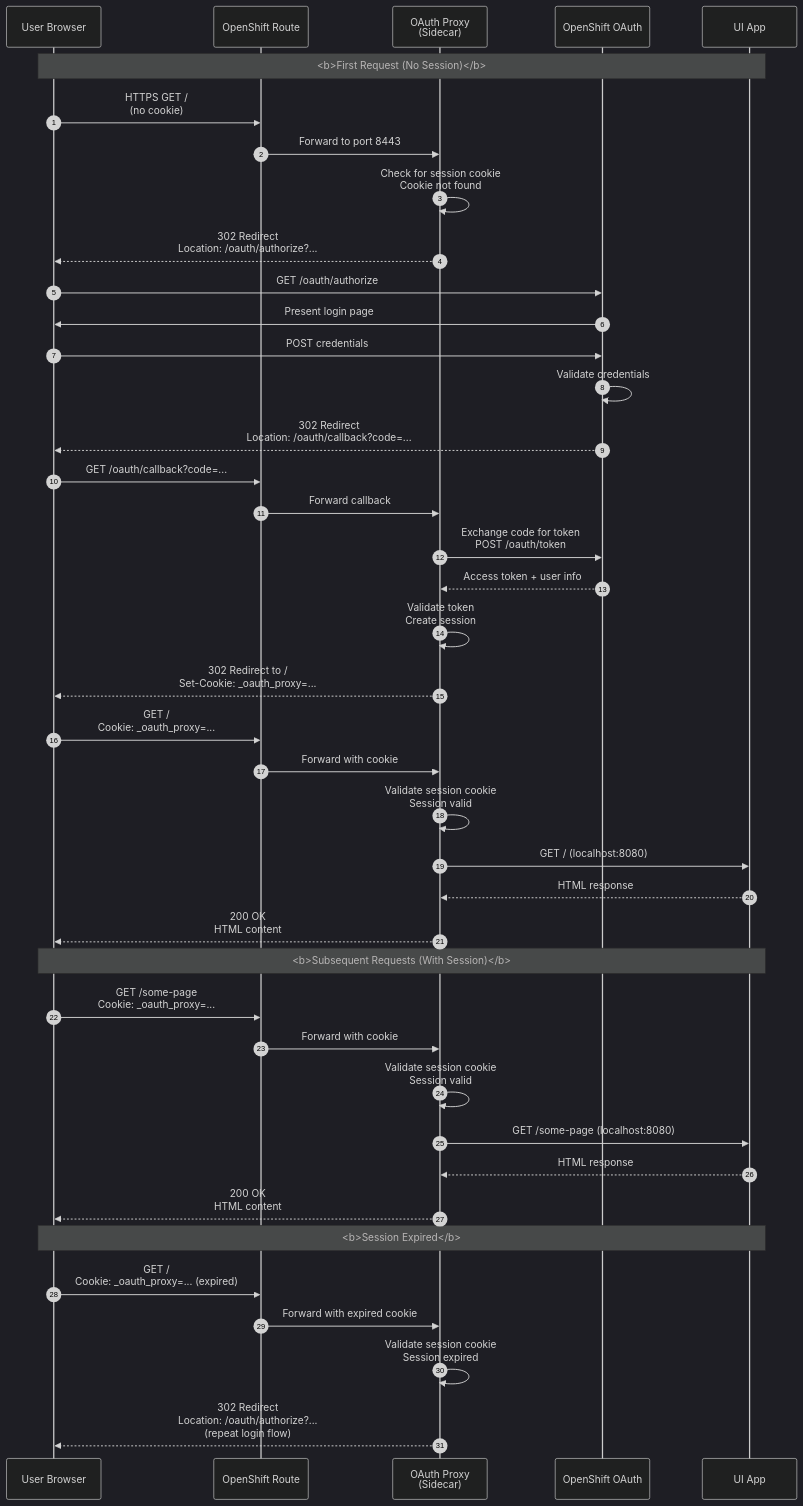
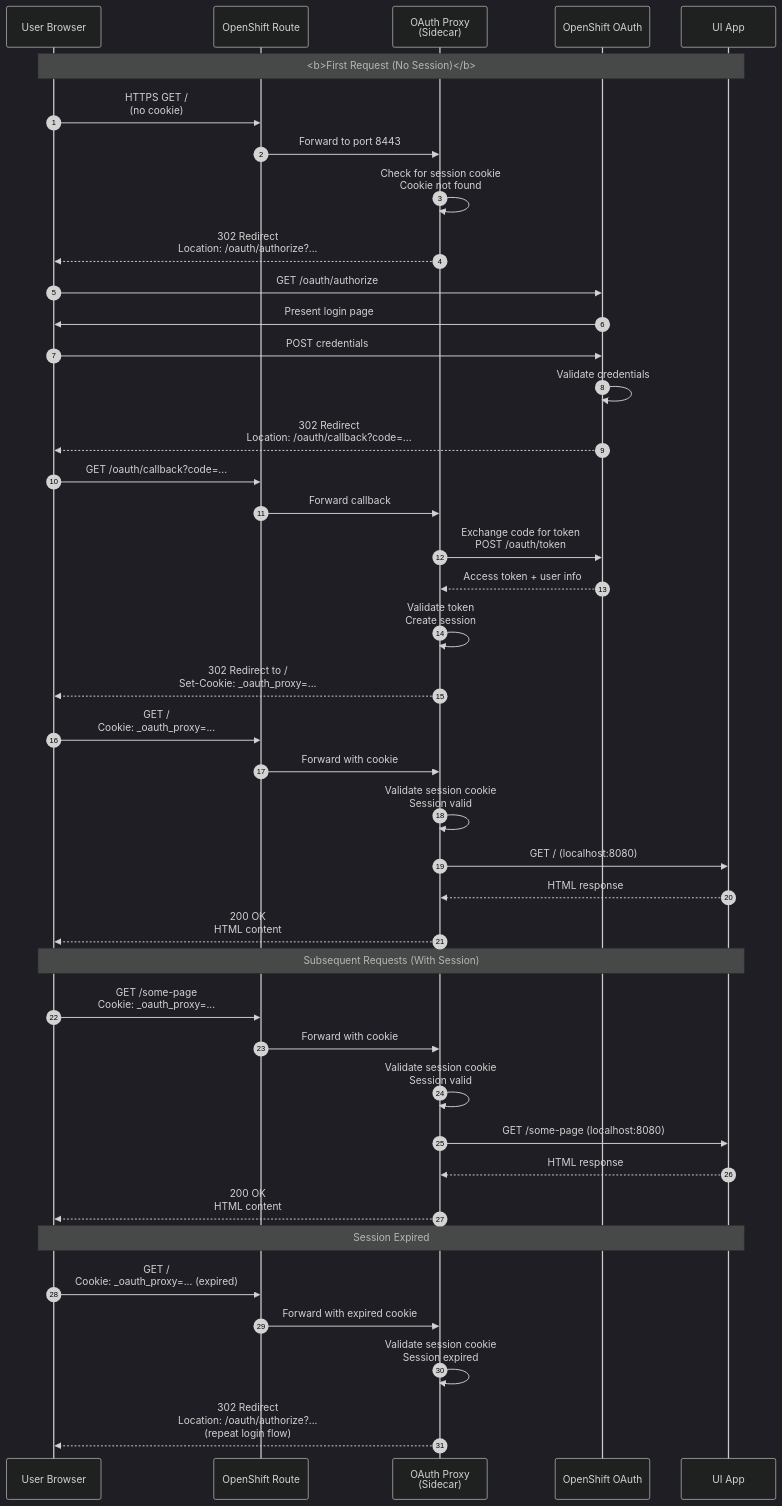
The second of 2 diagrams in docs/ui-oauth-authentication.md (insights-onprem/ros-helm-chart), drawn with Mermaid (dark theme) before and after one commit.

Commit message:
remove <br> tags from ui docs

````diff
--- a/docs/ui-oauth-authentication.md
+++ b/docs/ui-oauth-authentication.md
@@ -82,77 +82,77 @@
 ```mermaid
 sequenceDiagram
     autonumber
     participant User as User Browser
     participant Route as OpenShift Route
     participant Proxy as OAuth Proxy<br/>(Sidecar)
     participant OAuth as OpenShift OAuth
     participant App as UI App
 
     Note over User,App: <b>First Request (No Session)</b>
 
     User->>Route: HTTPS GET /<br/>(no cookie)
 
     Route->>Proxy: Forward to port 8443
 
     Proxy->>Proxy: Check for session cookie<br/>Cookie not found
 
     Proxy-->>User: 302 Redirect<br/>Location: /oauth/authorize?...
 
     User->>OAuth: GET /oauth/authorize
 
     OAuth->>User: Present login page
 
     User->>OAuth: POST credentials
 
     OAuth->>OAuth: Validate credentials
 
     OAuth-->>User: 302 Redirect<br/>Location: /oauth/callback?code=...
 
     User->>Route: GET /oauth/callback?code=...
 
     Route->>Proxy: Forward callback
 
     Proxy->>OAuth: Exchange code for token<br/>POST /oauth/token
 
     OAuth-->>Proxy: Access token + user info
 
     Proxy->>Proxy: Validate token<br/>Create session
 
     Proxy-->>User: 302 Redirect to /<br/>Set-Cookie: _oauth_proxy=...
 
     User->>Route: GET /<br/>Cookie: _oauth_proxy=...
 
     Route->>Proxy: Forward with cookie
 
     Proxy->>Proxy: Validate session cookie<br/>Session valid
 
     Proxy->>App: GET / (localhost:8080)
 
     App-->>Proxy: HTML response
 
     Proxy-->>User: 200 OK<br/>HTML content
 
-    Note over User,App: <b>Subsequent Requests (With Session)</b>
+    Note over User,App: Subsequent Requests (With Session)
 
     User->>Route: GET /some-page<br/>Cookie: _oauth_proxy=...
 
     Route->>Proxy: Forward with cookie
 
     Proxy->>Proxy: Validate session cookie<br/>Session valid
 
     Proxy->>App: GET /some-page (localhost:8080)
 
     App-->>Proxy: HTML response
 
     Proxy-->>User: 200 OK<br/>HTML content
 
-    Note over User,App: <b>Session Expired</b>
+    Note over User,App: Session Expired
 
     User->>Route: GET /<br/>Cookie: _oauth_proxy=... (expired)
 
     Route->>Proxy: Forward with expired cookie
 
     Proxy->>Proxy: Validate session cookie<br/>Session expired
 
     Proxy-->>User: 302 Redirect<br/>Location: /oauth/authorize?...<br/>(repeat login flow)
 ```
````
